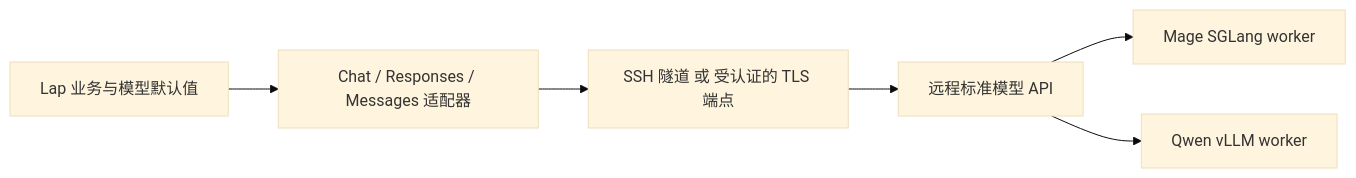
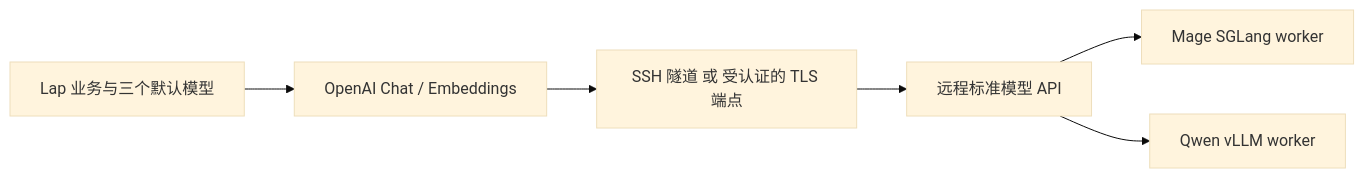
The diagram in docs/development/ai-service-protocols.md (pedoc/lap), drawn with Mermaid (base theme) before and after one commit. The commit also changed other lines of this file and 33 other files, not shown here.

````diff
--- a/docs/development/ai-service-protocols.md
+++ b/docs/development/ai-service-protocols.md
@@ -85,8 +83,8 @@
 ```mermaid
 flowchart LR
-  L[Lap 业务与模型默认值] --> A[Chat / Responses / Messages 适配器]
+  L[Lap 业务与三个默认模型] --> A[OpenAI Chat / Embeddings]
   A --> T[SSH 隧道 或 受认证的 TLS 端点]
   T --> S[远程标准模型 API]
   S --> M[Mage SGLang worker]
   S --> Q[Qwen vLLM worker]
 ```
````
